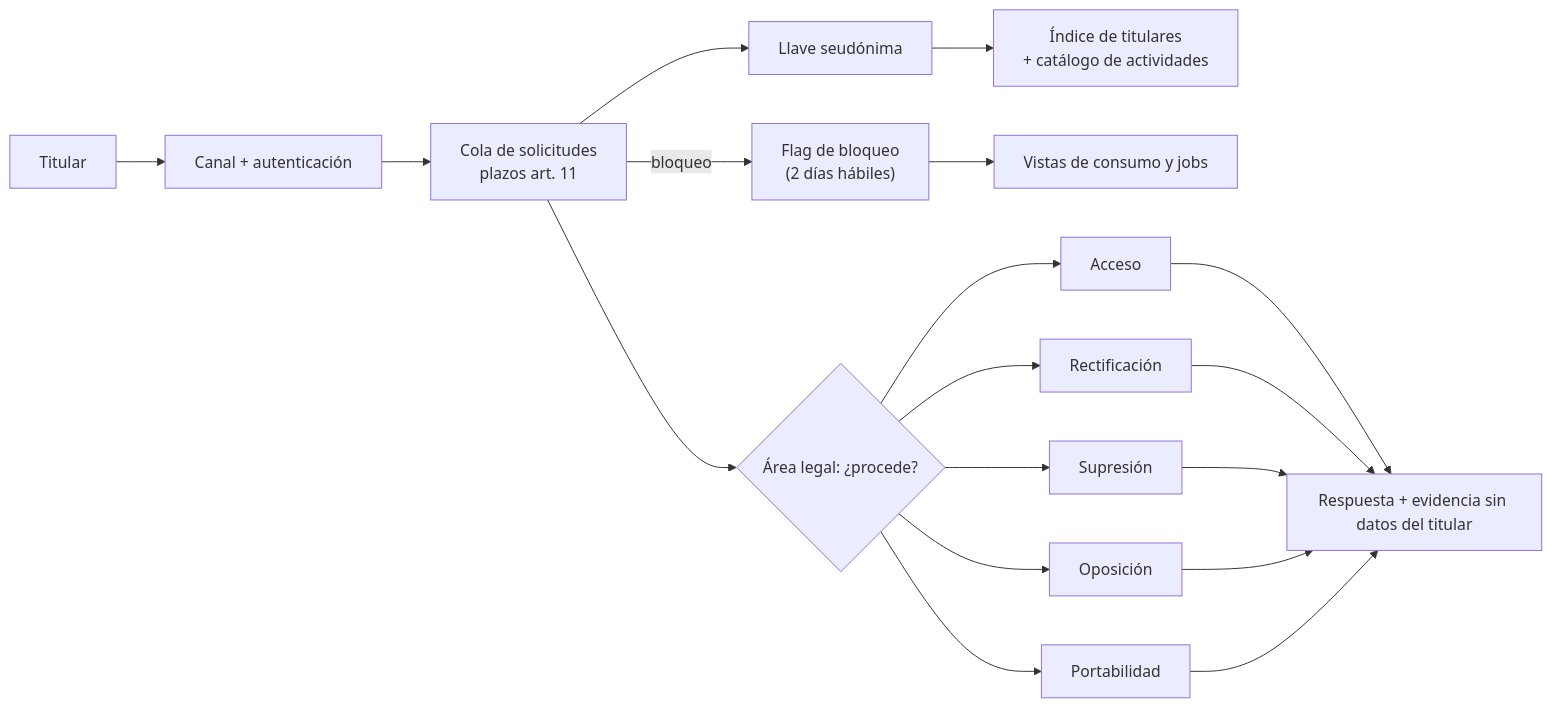
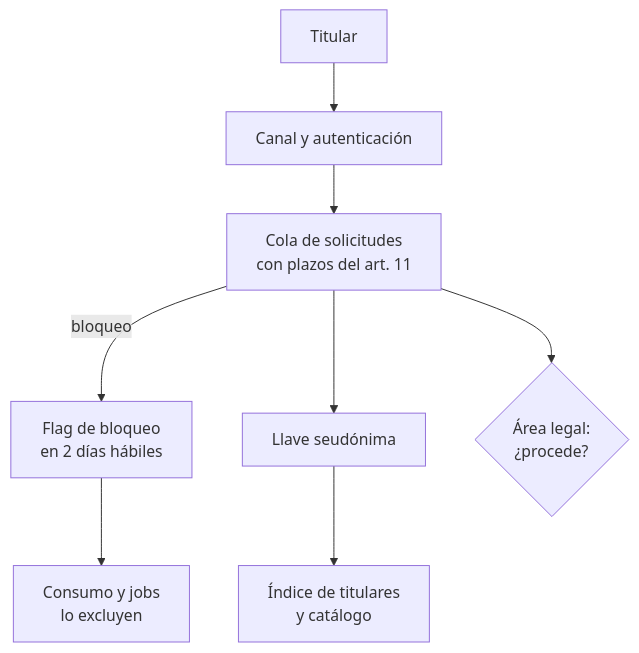
One commit to fcp4891/de-knowledge-hub changed the first of 2 diagrams in content/concepts/data-subject-rights-pipeline.md. Above: the diagram before and after it, drawn with Mermaid. The commit also changed other lines of this file and 20 other files, not shown here.

First line of the commit message:
§9 con el estándar de diagramas: 21 diagramas sobre 8 nodos o 10 aristas, rehechos

````diff
--- a/content/concepts/data-subject-rights-pipeline.md
+++ b/content/concepts/data-subject-rights-pipeline.md
@@ -145,11 +147,9 @@
 ```mermaid
-flowchart LR
-  T["Titular"] --> F["Canal + autenticación"]
-  F --> Q["Cola de solicitudes<br/>plazos art. 11"]
-  Q --> K["Llave seudónima"] --> X["Índice de titulares<br/>+ catálogo de actividades"]
-  Q -- "bloqueo" --> BL["Flag de bloqueo<br/>(2 días hábiles)"]
-  BL --> V["Vistas de consumo y jobs"]
-  Q --> L{"Área legal: ¿procede?"}
-  L --> A["Acceso"] & R["Rectificación"] & S["Supresión"] & O["Oposición"] & P["Portabilidad"]
-  A & R & S & O & P --> E["Respuesta + evidencia sin datos del titular"]
+flowchart TB
+  T["Titular"] --> F["Canal y autenticación"]
+  F --> Q["Cola de solicitudes<br/>con plazos del art. 11"]
+  Q -- "bloqueo" --> BL["Flag de bloqueo<br/>en 2 días hábiles"]
+  BL --> V["Consumo y jobs<br/>lo excluyen"]
+  Q --> K["Llave seudónima"] --> X["Índice de titulares<br/>y catálogo"]
+  Q --> L{"Área legal:<br/>¿procede?"}
 ```
````
